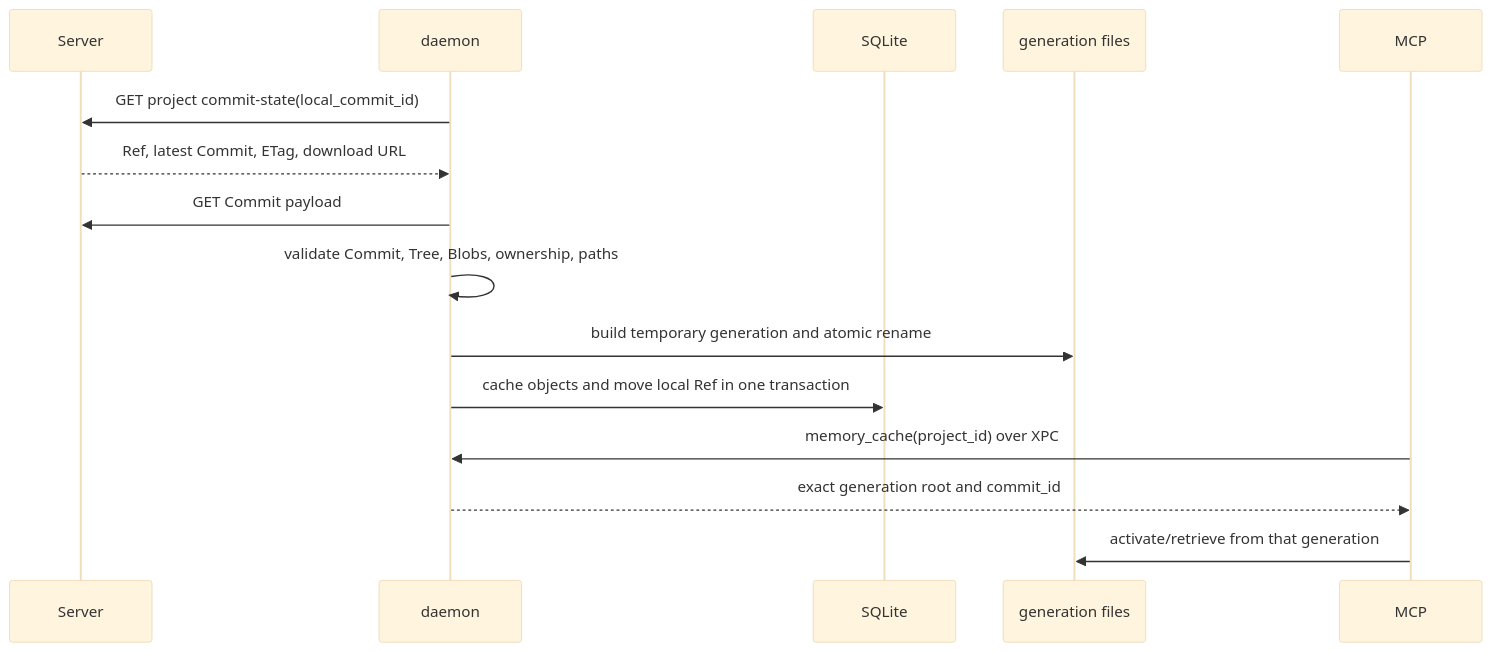
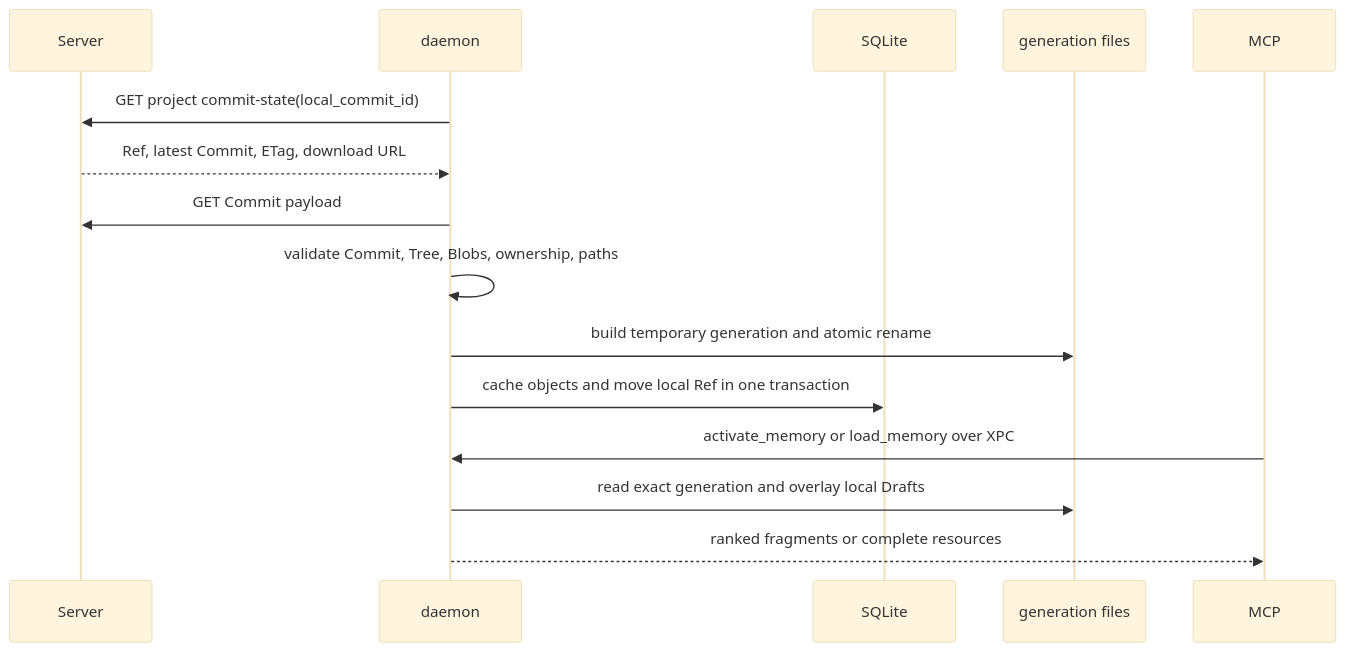
One commit to dylanwangeth/clumsies changed the fourth of 4 diagrams in docs/architecture.md. Above: the diagram before and after it, drawn with Mermaid (base theme). The commit also changed other lines of this file and 45 other files, not shown here.

````diff
--- a/docs/architecture.md
+++ b/docs/architecture.md
@@ -105,18 +105,18 @@
 ```mermaid
 sequenceDiagram
     participant S as Server
     participant D as daemon
     participant DB as SQLite
     participant F as generation files
     participant M as MCP
 
     D->>S: GET project commit-state(local_commit_id)
     S-->>D: Ref, latest Commit, ETag, download URL
     D->>S: GET Commit payload
     D->>D: validate Commit, Tree, Blobs, ownership, paths
     D->>F: build temporary generation and atomic rename
     D->>DB: cache objects and move local Ref in one transaction
-    M->>D: memory_cache(project_id) over XPC
-    D-->>M: exact generation root and commit_id
-    M->>F: activate/retrieve from that generation
+    M->>D: activate_memory or load_memory over XPC
+    D->>F: read exact generation and overlay local Drafts
+    D-->>M: ranked fragments or complete resources
 ```
````
